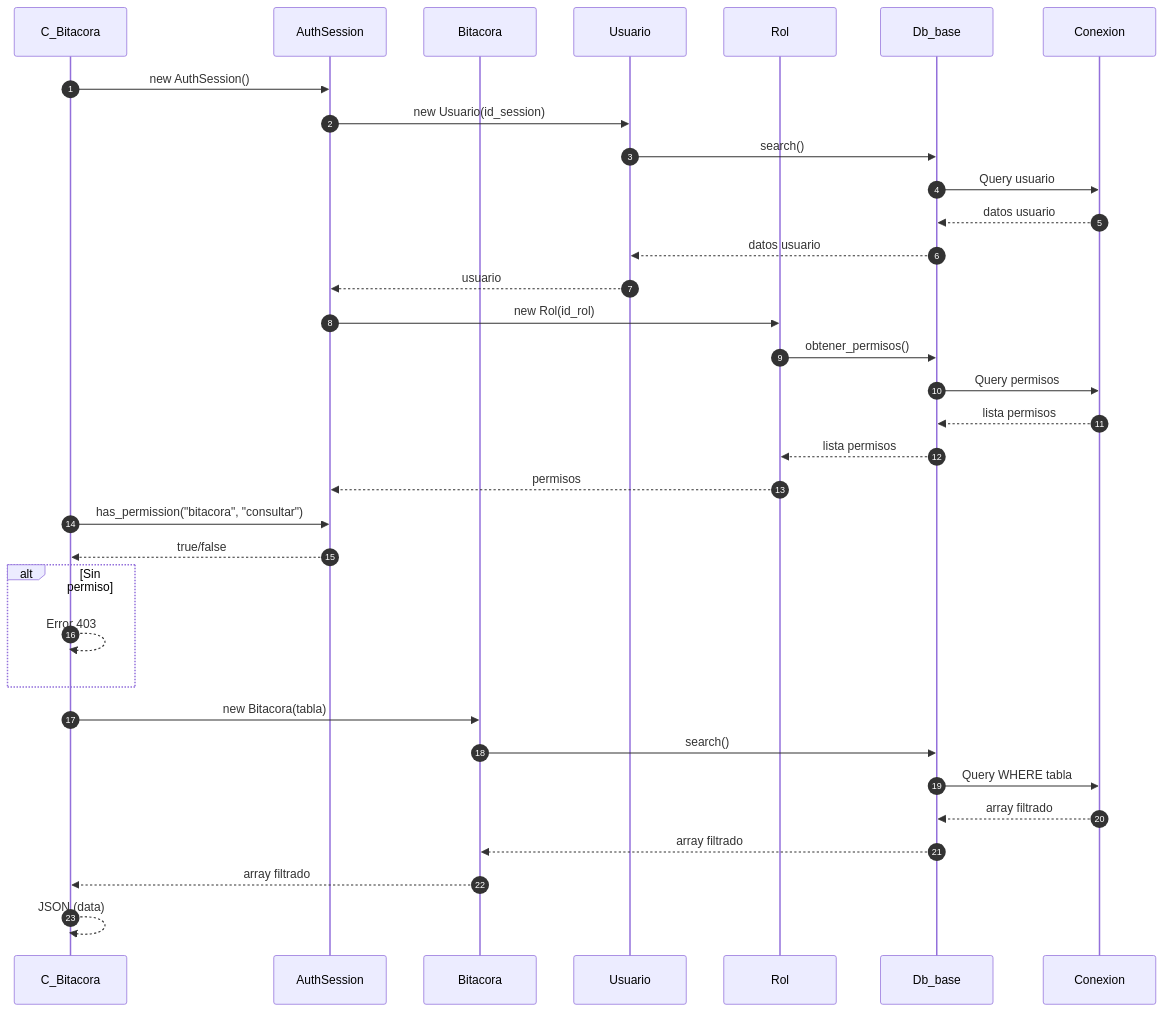
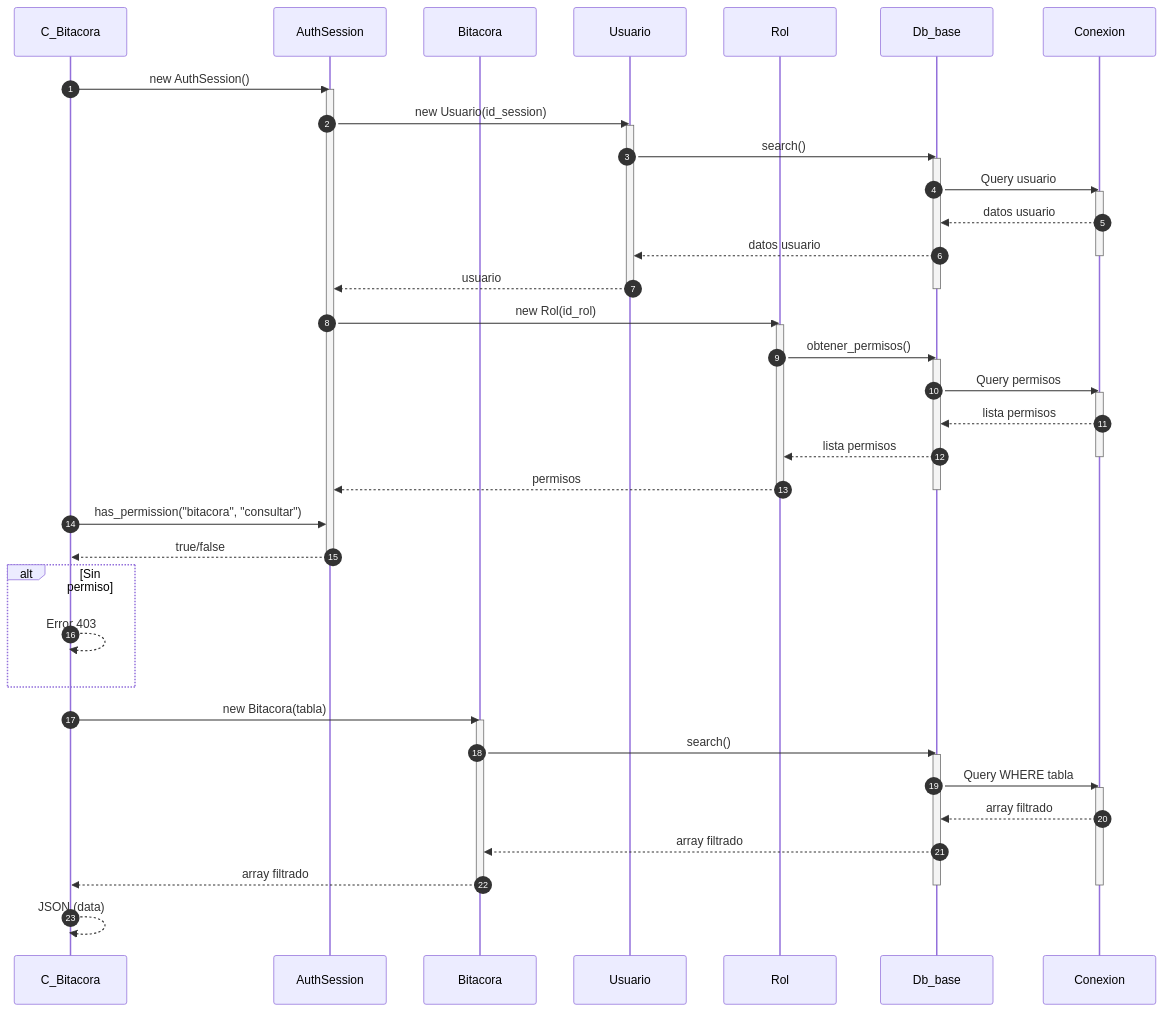
One commit to Tecrato/BurgerHouse changed the third of 3 diagrams in docs/secuencia/bitacora/bitacora.md. Above: the diagram before and after it, drawn with Mermaid. The commit also changed other lines of this file and 16 other files, not shown here.

First line of the commit message:
Annotate mermaid sequences & throttle generator

````diff
--- a/docs/secuencia/bitacora/bitacora.md
+++ b/docs/secuencia/bitacora/bitacora.md
@@ -95,42 +135,62 @@
 ```mermaid
 sequenceDiagram
     autonumber
     participant C_Bitacora as C_Bitacora
     participant AuthSession as AuthSession
     participant Bitacora as Bitacora
     participant Usuario as Usuario
     participant Rol as Rol
     participant Db_base as Db_base
     participant Conexion as Conexion
     
     C_Bitacora->>AuthSession: new AuthSession()
+    activate AuthSession
     AuthSession->>Usuario: new Usuario(id_session)
+    activate Usuario
     Usuario->>Db_base: search()
+    activate Db_base
     Db_base->>Conexion: Query usuario
+    activate Conexion
     Conexion-->>Db_base: datos usuario
     Db_base-->>Usuario: datos usuario
+    deactivate Conexion
     Usuario-->>AuthSession: usuario
+    deactivate Usuario
+    deactivate Db_base
     
     AuthSession->>Rol: new Rol(id_rol)
+    activate Rol
     Rol->>Db_base: obtener_permisos()
+    activate Db_base
     Db_base->>Conexion: Query permisos
+    activate Conexion
     Conexion-->>Db_base: lista permisos
     Db_base-->>Rol: lista permisos
+    deactivate Conexion
     Rol-->>AuthSession: permisos
+    deactivate Rol
+    deactivate Db_base
     
     C_Bitacora->>AuthSession: has_permission("bitacora", "consultar")
     AuthSession-->>C_Bitacora: true/false
+    deactivate AuthSession
     
     alt Sin permiso
         C_Bitacora-->>C_Bitacora: Error 403
     end
     
     C_Bitacora->>Bitacora: new Bitacora(tabla)
+    activate Bitacora
     Bitacora->>Db_base: search()
+    activate Db_base
     Db_base->>Conexion: Query WHERE tabla
+    activate Conexion
     Conexion-->>Db_base: array filtrado
     Db_base-->>Bitacora: array filtrado
     Bitacora-->>C_Bitacora: array filtrado
+    deactivate Bitacora
+    deactivate Conexion
+    deactivate Db_base
     
     C_Bitacora-->>C_Bitacora: JSON (data)
 ```
````
